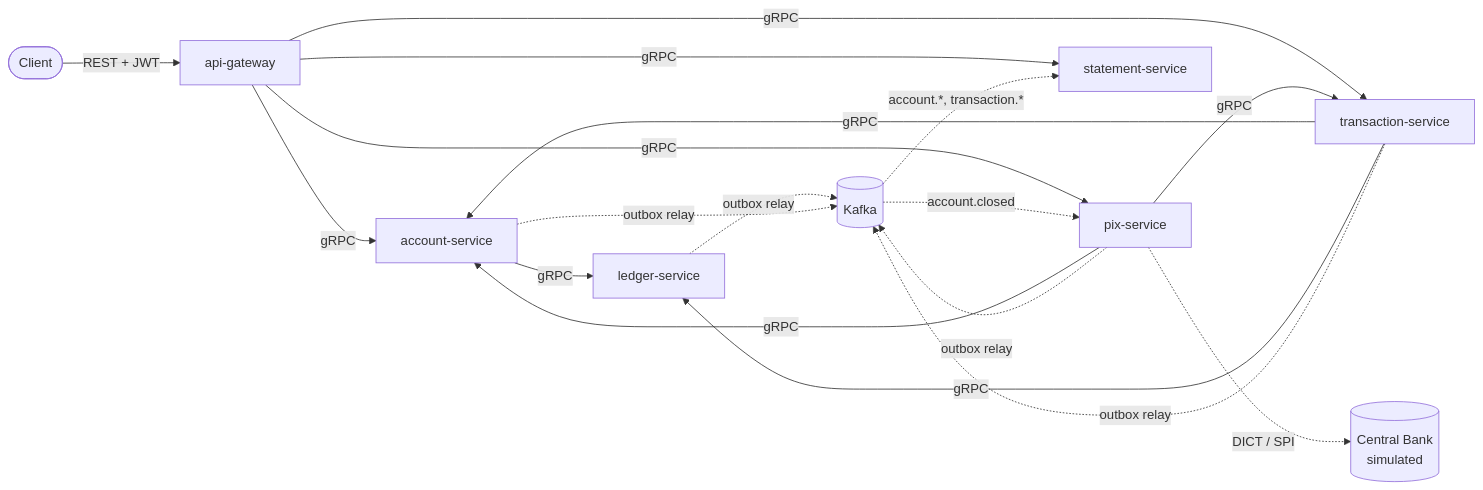
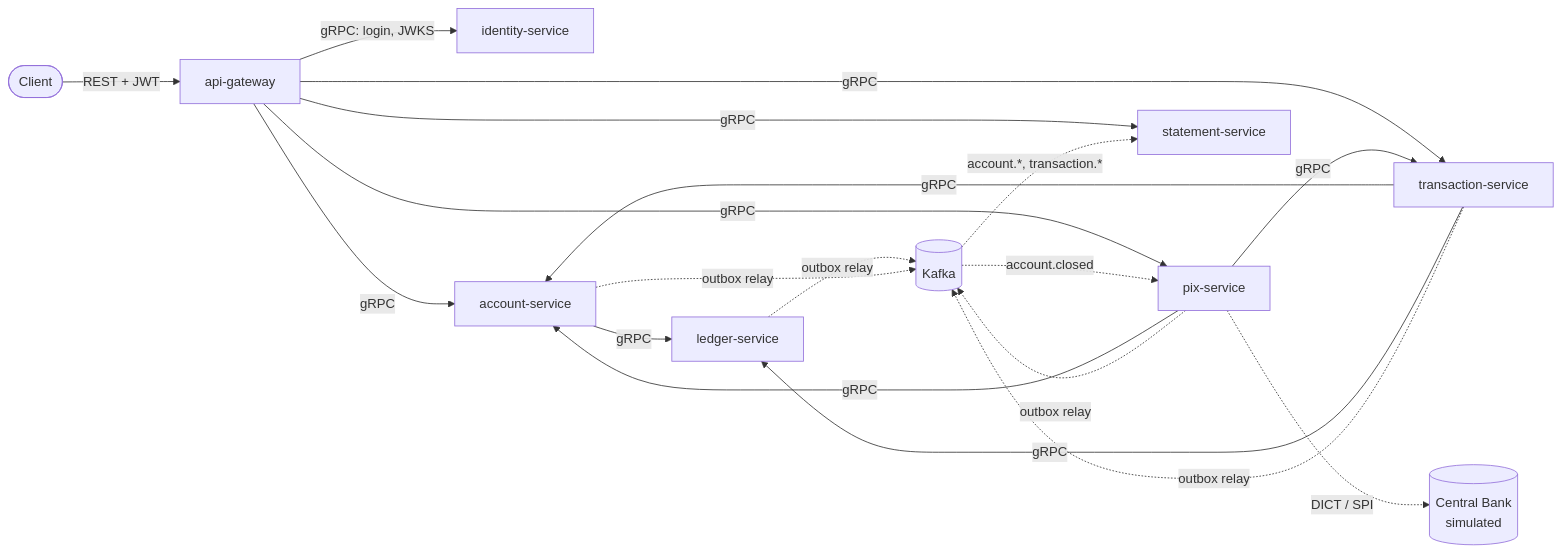
Before and after one commit to ViniciusMicarelli/digital-bank-platform: the diagram in README.md, drawn with Mermaid. The commit also changed other lines of this file and 51 other files, not shown here.

First line of the commit message:
feat(identity): sign-up, login with TOTP MFA, Ed25519 tokens and JWKS

````diff
--- a/README.md
+++ b/README.md
@@ -16,18 +16,19 @@
 ```mermaid
 flowchart LR
     C([Client]) -->|REST + JWT| GW[api-gateway]
+    GW -->|gRPC: login, JWKS| IDN[identity-service]
     GW -->|gRPC| ACC[account-service]
     GW -->|gRPC| TRX[transaction-service]
     GW -->|gRPC| PIX[pix-service]
     GW -->|gRPC| STM[statement-service]
     PIX -->|gRPC| TRX
     PIX -->|gRPC| ACC
     PIX -.->|DICT / SPI| BCB[(Central Bank<br/>simulated)]
     TRX -->|gRPC| ACC
     TRX -->|gRPC| LED[ledger-service]
     ACC -->|gRPC| LED
 
     LED & ACC & TRX & PIX -.->|outbox relay| K[(Kafka)]
     K -.->|account.*, transaction.*| STM
     K -.->|account.closed| PIX
 ```
````
